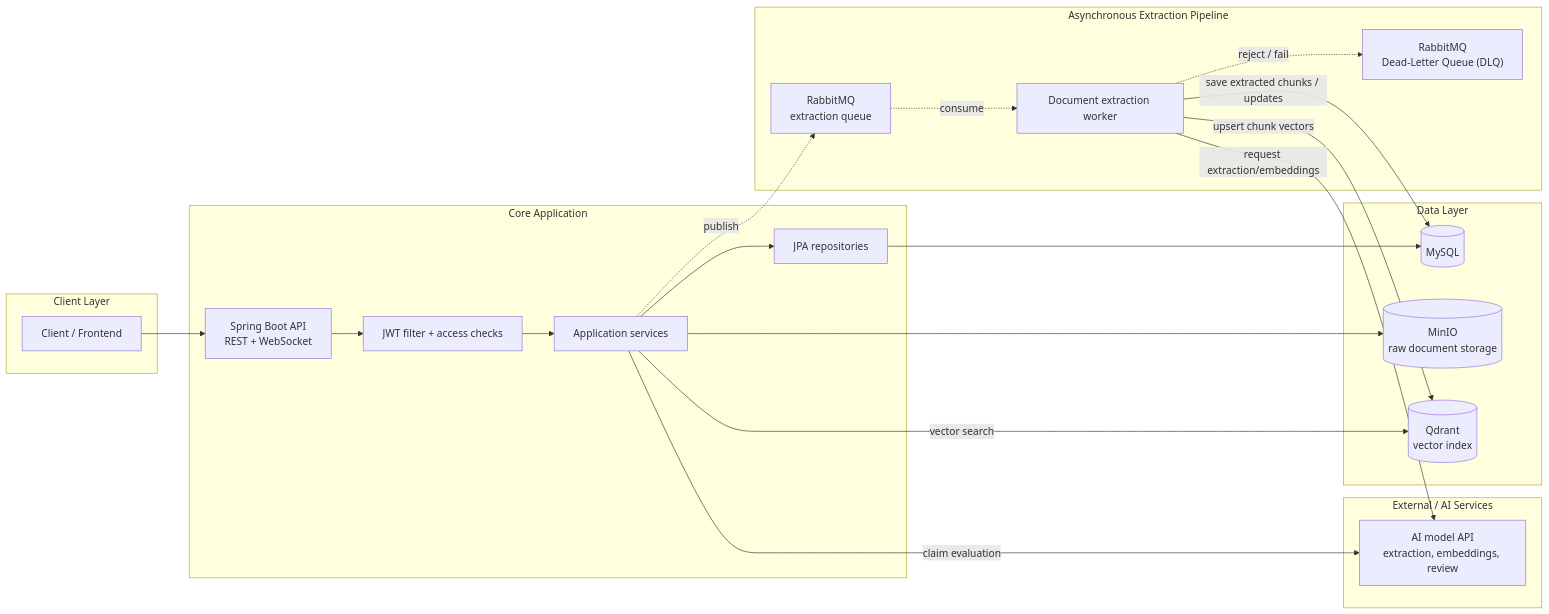
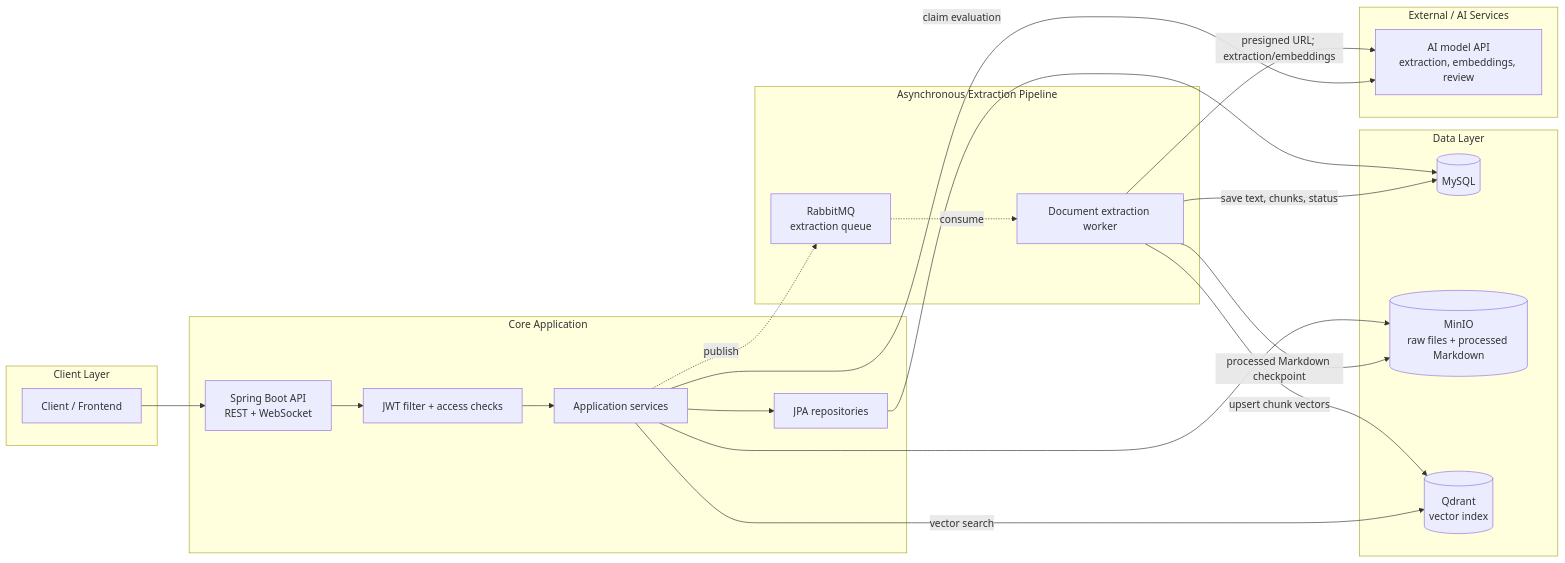
The second of 22 diagrams in System-Architecture.md (MinhKien17/SEP490_EvidencePilot), drawn with Mermaid before and after one commit. The commit also changed other lines of this file and 3 other files, not shown here.

````diff
--- a/System-Architecture.md
+++ b/System-Architecture.md
@@ -39,53 +39,51 @@
 ```mermaid
 flowchart LR
     subgraph Client Layer
         Client["Client / Frontend"]
     end
 
     subgraph Core Application
         API["Spring Boot API\nREST + WebSocket"]
         Security["JWT filter + access checks"]
         Services["Application services"]
         Repos["JPA repositories"]
     end
 
     subgraph Data Layer
         MySQL[("MySQL")]
-        MinIO[("MinIO\nraw document storage")]
+        MinIO[("MinIO\nraw files + processed Markdown")]
         Qdrant[("Qdrant\nvector index")]
     end
 
     subgraph Asynchronous Extraction Pipeline
         Rabbit["RabbitMQ\nextraction queue"]
-        DLQ["RabbitMQ\nDead-Letter Queue (DLQ)"]
         Worker["Document extraction worker"]
     end
 
     subgraph External / AI Services
         AI["AI model API\nextraction, embeddings, review"]
     end
 
     %% Core Flow
     Client --> API
     API --> Security
     Security --> Services
     Services --> Repos
 
     %% Synchronous Data Access
     Repos --> MySQL
     Services --> MinIO
     
     %% Asynchronous Messaging (Dashed Lines)
     Services -.->|"publish"| Rabbit
     Rabbit -.->|"consume"| Worker
-    Worker -.->|"reject / fail"| DLQ
-
     %% Worker Operations
-    Worker -->|"save extracted chunks / updates"| MySQL
-    Worker -->|"request extraction/embeddings"| AI
+    Worker -->|"save text, chunks, status"| MySQL
+    Worker -->|"presigned URL; extraction/embeddings"| AI
+    Worker -->|"processed Markdown checkpoint"| MinIO
     Worker -->|"upsert chunk vectors"| Qdrant
 
     %% Direct Service Operations
     Services -->|"claim evaluation"| AI
     Services -->|"vector search"| Qdrant
 ```
````
